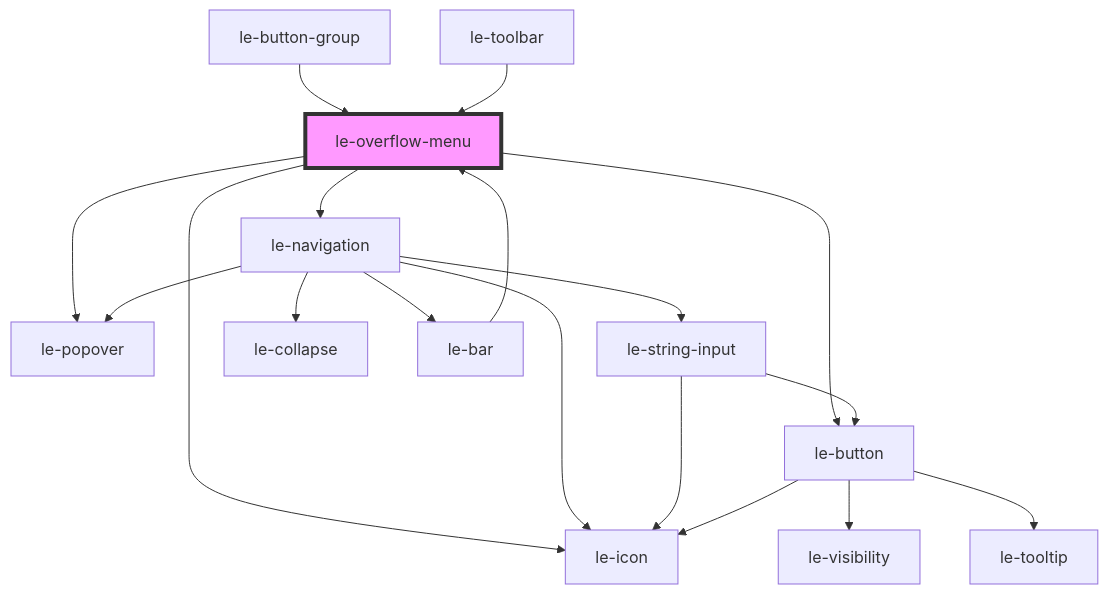
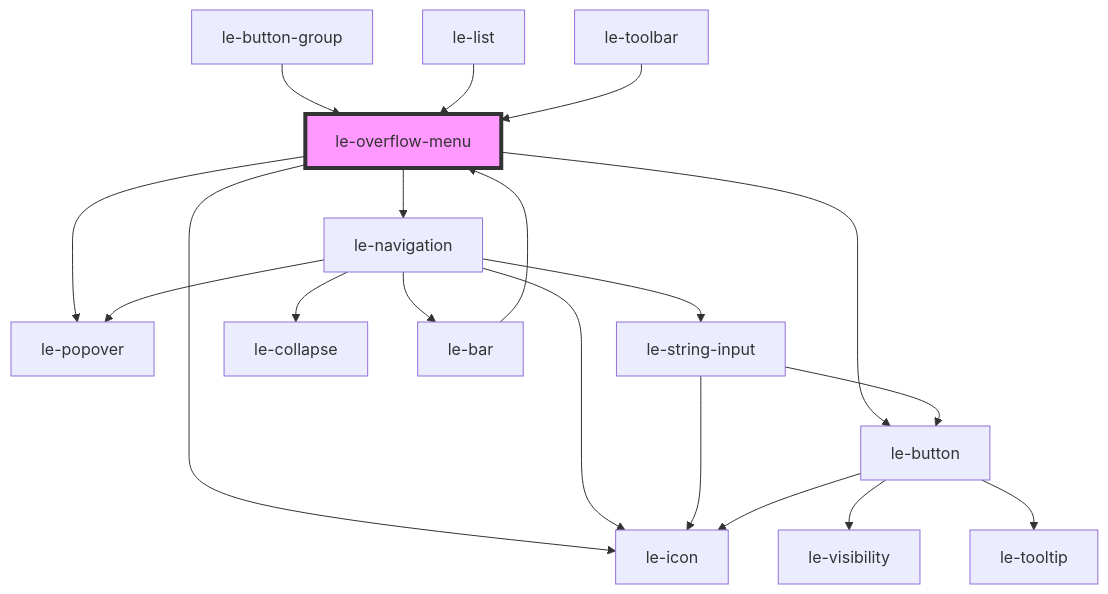
The diagram in packages/core/src/components/le-overflow-menu/readme.md (leechy/le-kit), drawn with Mermaid before and after one commit. The commit also changed other lines of this file and 25 other files, not shown here.

````diff
--- a/packages/core/src/components/le-overflow-menu/readme.md
+++ b/packages/core/src/components/le-overflow-menu/readme.md
@@ -105,21 +106,22 @@
 ```mermaid
 graph TD;
   le-overflow-menu --> le-navigation
   le-overflow-menu --> le-popover
   le-overflow-menu --> le-button
   le-overflow-menu --> le-icon
   le-navigation --> le-icon
   le-navigation --> le-string-input
   le-navigation --> le-collapse
   le-navigation --> le-popover
   le-navigation --> le-bar
   le-string-input --> le-button
   le-string-input --> le-icon
   le-button --> le-icon
   le-button --> le-visibility
   le-button --> le-tooltip
   le-bar --> le-overflow-menu
   le-button-group --> le-overflow-menu
+  le-list --> le-overflow-menu
   le-toolbar --> le-overflow-menu
   style le-overflow-menu fill:#f9f,stroke:#333,stroke-width:4px
 ```
````
